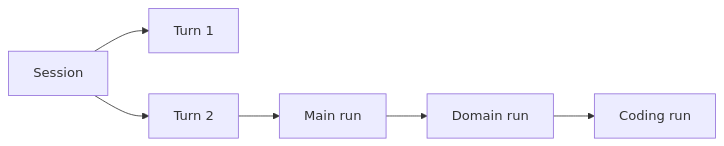
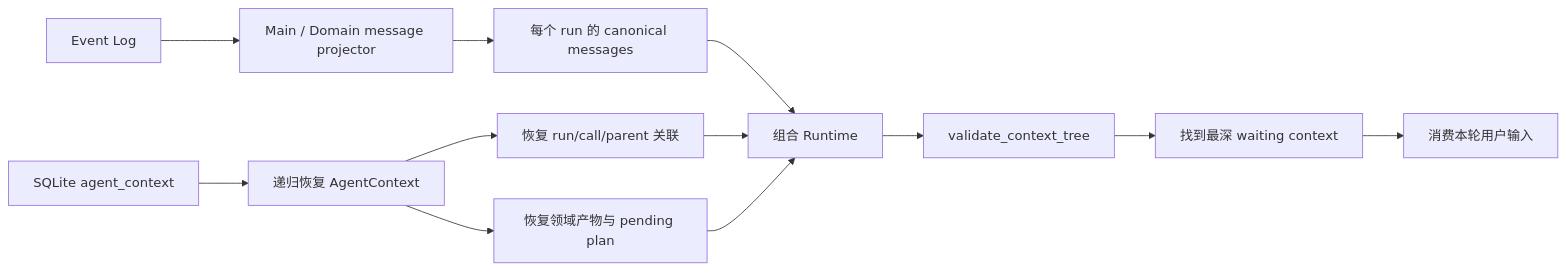
The seventh of 11 diagrams in docs/09-persistence-recovery-observability.md (Arthur999459up/GitAgent), drawn with Mermaid before and after one commit. The commit also changed other lines of this file and 3 other files, not shown here.

````diff
--- a/docs/09-persistence-recovery-observability.md
+++ b/docs/09-persistence-recovery-observability.md
@@ -43,8 +441,16 @@
 ```mermaid
 flowchart LR
-    S[Session] --> T1[Turn 1]
-    S --> T2[Turn 2]
-    T2 --> R1[Main run]
-    R1 --> R2[Domain run]
-    R2 --> R3[Coding run]
+    EL[Event Log] --> MP[Main / Domain message projector]
+    MP --> MSG[每个 run 的 canonical messages]
+
+    DB[SQLite agent_context] --> CTX[递归恢复 AgentContext]
+    CTX --> ID[恢复 run/call/parent 关联]
+    CTX --> ART[恢复领域产物与 pending plan]
+
+    MSG --> JOIN[组合 Runtime]
+    ID --> JOIN
+    ART --> JOIN
+    JOIN --> VAL[validate_context_tree]
+    VAL --> WAIT[找到最深 waiting context]
+    WAIT --> RESUME[消费本轮用户输入]
 ```
````
